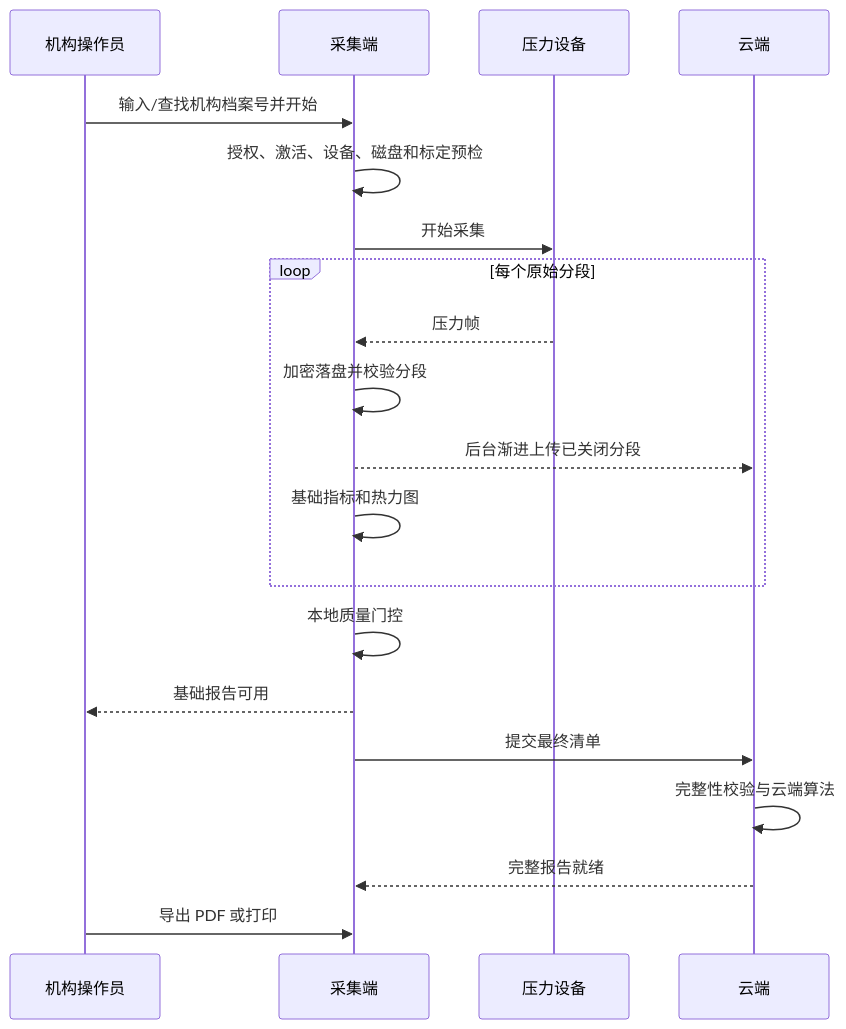
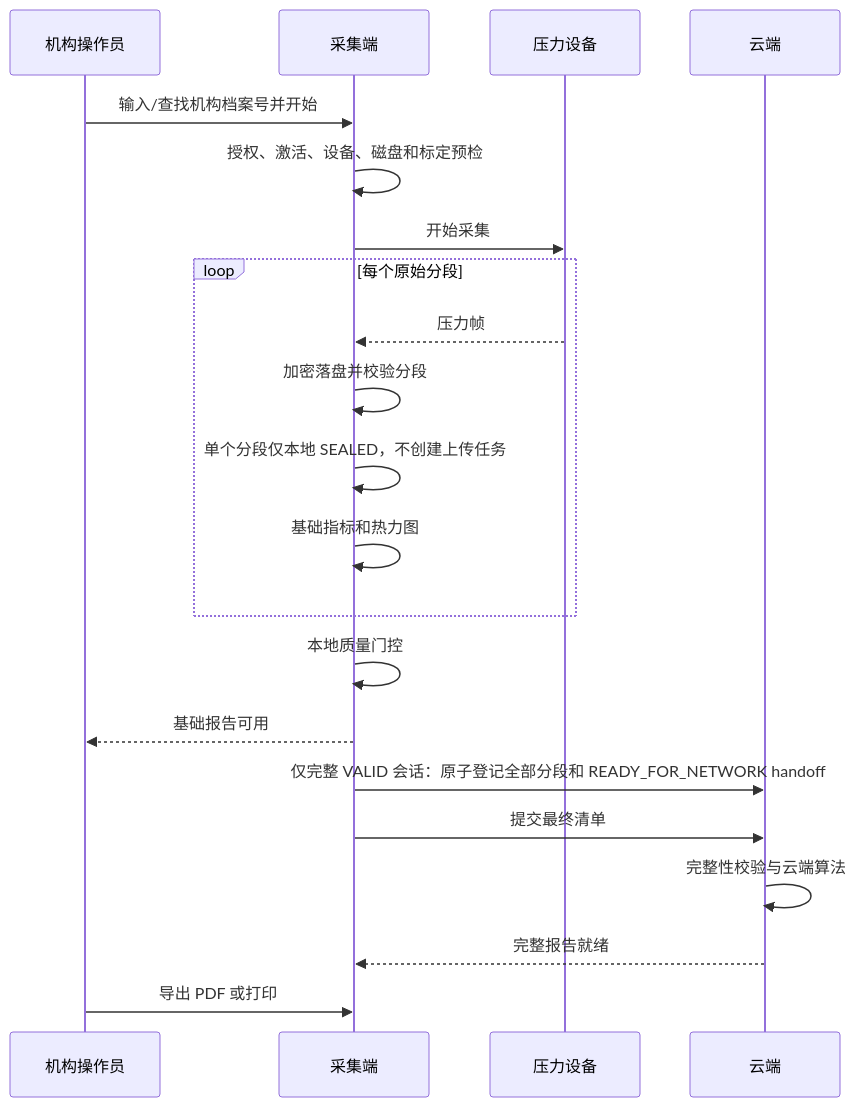
One commit to RGu0/feet-force-plate changed the third of 4 diagrams in docs/架构设计文档.md. Above: the diagram before and after it, drawn with Mermaid. The commit also changed other lines of this file and 2 other files, not shown here.

Commit message:
docs: retire sealed upload task lifecycle

````diff
--- a/docs/架构设计文档.md
+++ b/docs/架构设计文档.md
@@ -209,23 +209,24 @@
 ```mermaid
 sequenceDiagram
     participant O as 机构操作员
     participant E as 采集端
     participant D as 压力设备
     participant C as 云端
 
     O->>E: 输入/查找机构档案号并开始
     E->>E: 授权、激活、设备、磁盘和标定预检
     E->>D: 开始采集
     loop 每个原始分段
         D-->>E: 压力帧
         E->>E: 加密落盘并校验分段
-        E-->>C: 后台渐进上传已关闭分段
+        E->>E: 单个分段仅本地 SEALED，不创建上传任务
         E->>E: 基础指标和热力图
     end
     E->>E: 本地质量门控
     E-->>O: 基础报告可用
+    E->>C: 仅完整 VALID 会话：原子登记全部分段和 READY_FOR_NETWORK handoff
     E->>C: 提交最终清单
     C->>C: 完整性校验与云端算法
     C-->>E: 完整报告就绪
     O->>E: 导出 PDF 或打印
 ```
````
